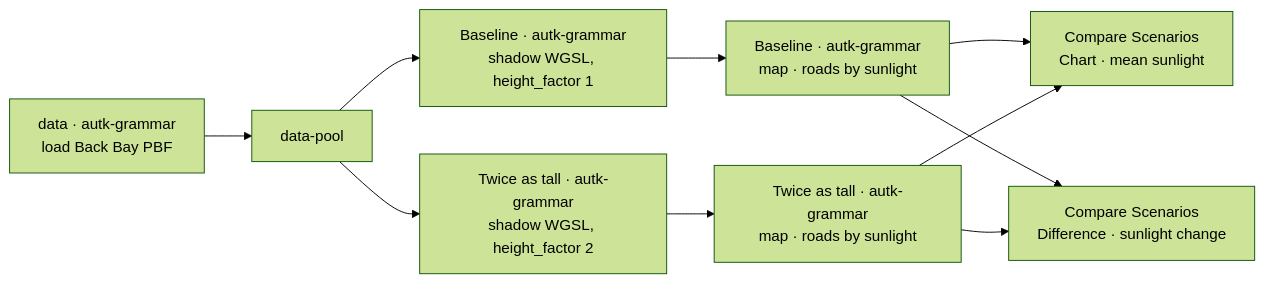
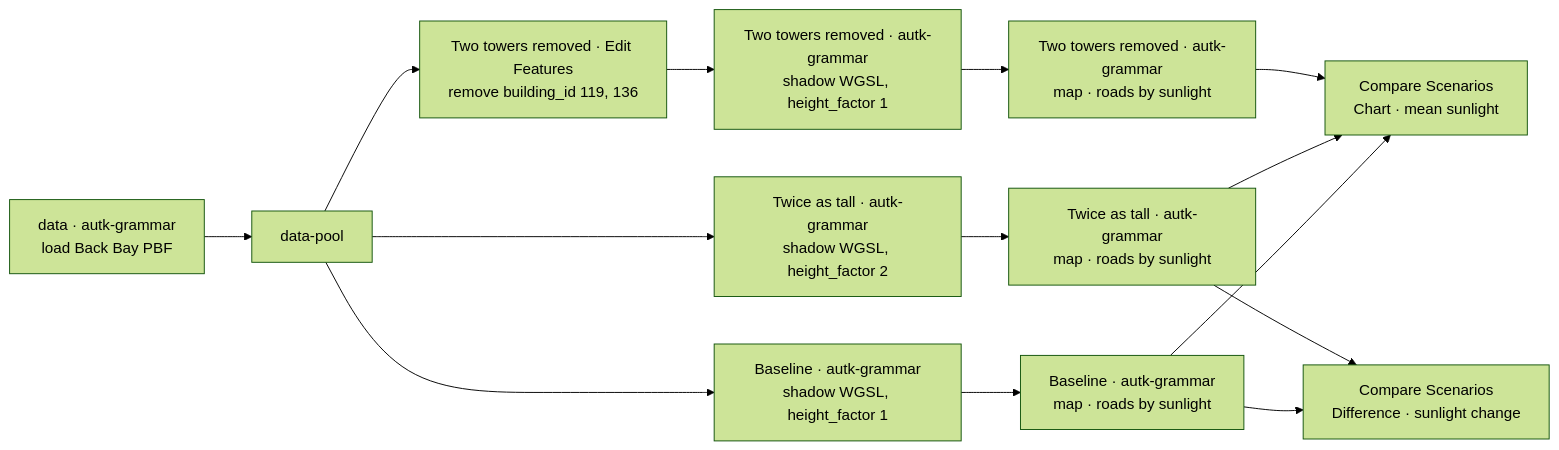
Before and after one commit to urban-toolkit/curio: the diagram in docs/examples/06-autark-what-if-shadow-study.md, drawn with Mermaid (forest theme). The commit also changed other lines of this file and 47 other files, not shown here.

Commit message:
Edit Features node: pick features on a map, remove, set or restore them by id; example 06 gains Two towers removed

````diff
--- a/docs/examples/06-autark-what-if-shadow-study.md
+++ b/docs/examples/06-autark-what-if-shadow-study.md
@@ -17,18 +18,23 @@
 ```mermaid
 flowchart LR
   D["data · autk-grammar<br/>load Back Bay PBF"]
   P["data-pool"]
   BC["Baseline · autk-grammar<br/>shadow WGSL, height_factor 1"]
   BM["Baseline · autk-grammar<br/>map · roads by sunlight"]
   MC["Twice as tall · autk-grammar<br/>shadow WGSL, height_factor 2"]
   MM["Twice as tall · autk-grammar<br/>map · roads by sunlight"]
+  TE["Two towers removed · Edit Features<br/>remove building_id 119, 136"]
+  TC["Two towers removed · autk-grammar<br/>shadow WGSL, height_factor 1"]
+  TM["Two towers removed · autk-grammar<br/>map · roads by sunlight"]
   CC["Compare Scenarios<br/>Chart · mean sunlight"]
   CD["Compare Scenarios<br/>Difference · sunlight change"]
   D --> P
   P --> BC --> BM
   P --> MC --> MM
+  P --> TE --> TC --> TM
   BM --> CC
   MM --> CC
+  TM --> CC
   BM --> CD
   MM --> CD
 ```
````
